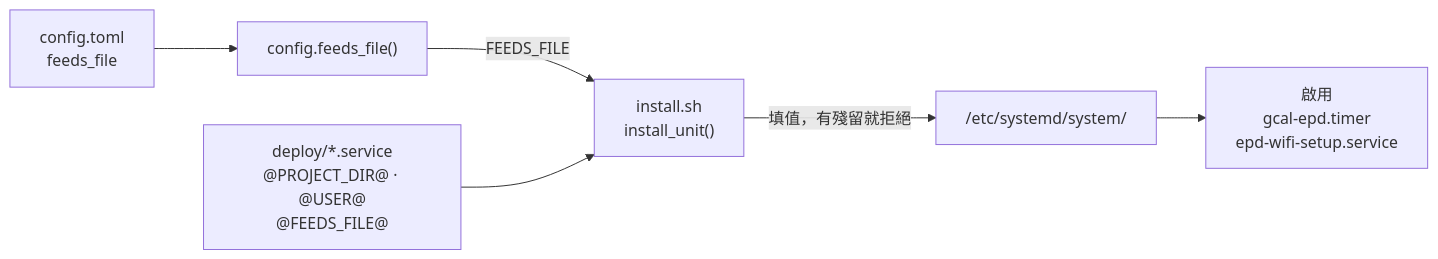
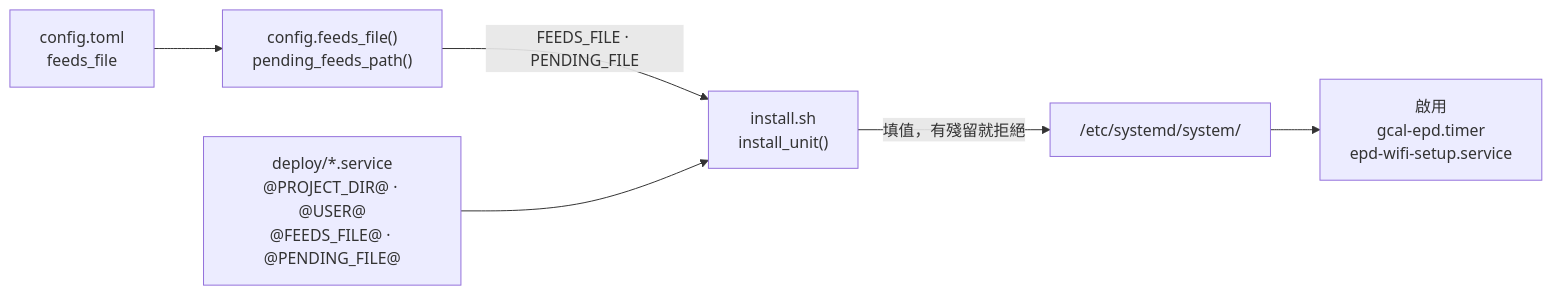
The second of 6 diagrams in docs/ARCHITECTURE.zh-TW.md (ShengKai234/google-calendar-api), drawn with Mermaid before and after one commit. The commit also changed other lines of this file and 5 other files, not shown here.

````diff
--- a/docs/ARCHITECTURE.zh-TW.md
+++ b/docs/ARCHITECTURE.zh-TW.md
@@ -84,14 +87,14 @@
 ```mermaid
 flowchart LR
-  T["deploy/*.service<br/>@PROJECT_DIR@ · @USER@<br/>@FEEDS_FILE@"]
+  T["deploy/*.service<br/>@PROJECT_DIR@ · @USER@<br/>@FEEDS_FILE@ · @PENDING_FILE@"]
   C["config.toml<br/>feeds_file"]
-  P["config.feeds_file()"]
+  P["config.feeds_file()<br/>pending_feeds_path()"]
   I["install.sh<br/>install_unit()"]
   S["/etc/systemd/system/"]
   E["啟用<br/>gcal-epd.timer<br/>epd-wifi-setup.service"]
   C --> P
-  P -->|"FEEDS_FILE"| I
+  P -->|"FEEDS_FILE · PENDING_FILE"| I
   T --> I
   I -->|"填值，有殘留就拒絕"| S
   S --> E
 ```
````
